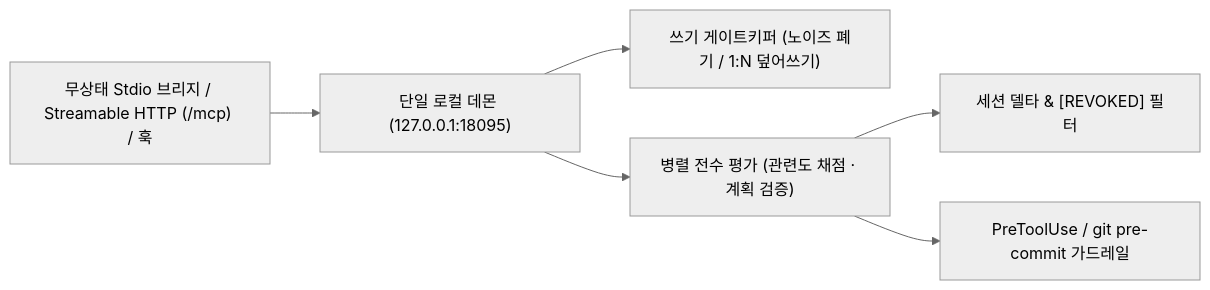
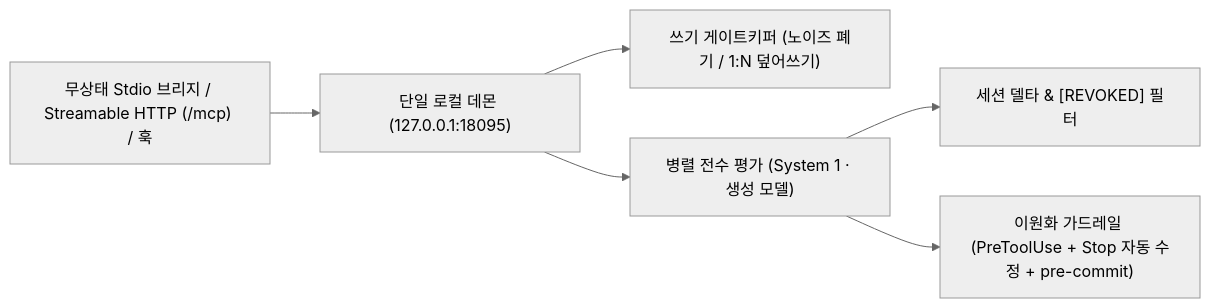
Before and after one commit to marbasdev/memorize: the diagram in ARCHITECTURE.ko.md, drawn with Mermaid (neutral theme). The commit also changed other lines of this file and 158 other files, not shown here.

````diff
--- a/ARCHITECTURE.ko.md
+++ b/ARCHITECTURE.ko.md
@@ -7,8 +7,8 @@
 ```mermaid
 flowchart LR
     A["무상태 Stdio 브리지 / Streamable HTTP (/mcp) / 훅"] --> B["단일 로컬 데몬 (127.0.0.1:18095)"]
     B --> C["쓰기 게이트키퍼 (노이즈 폐기 / 1:N 덮어쓰기)"]
-    B --> D["병렬 전수 평가 (관련도 채점 · 계획 검증)"]
+    B --> D["병렬 전수 평가 (System 1 · 생성 모델)"]
     D --> E["세션 델타 & [REVOKED] 필터"]
-    D --> F["PreToolUse / git pre-commit 가드레일"]
+    D --> F["이원화 가드레일 (PreToolUse + Stop 자동 수정 + pre-commit)"]
 ```
````
